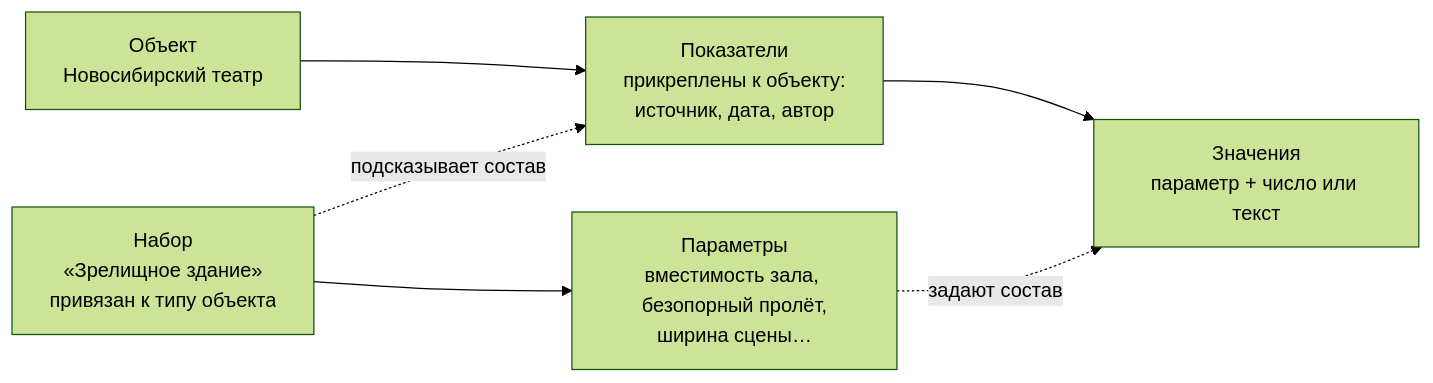
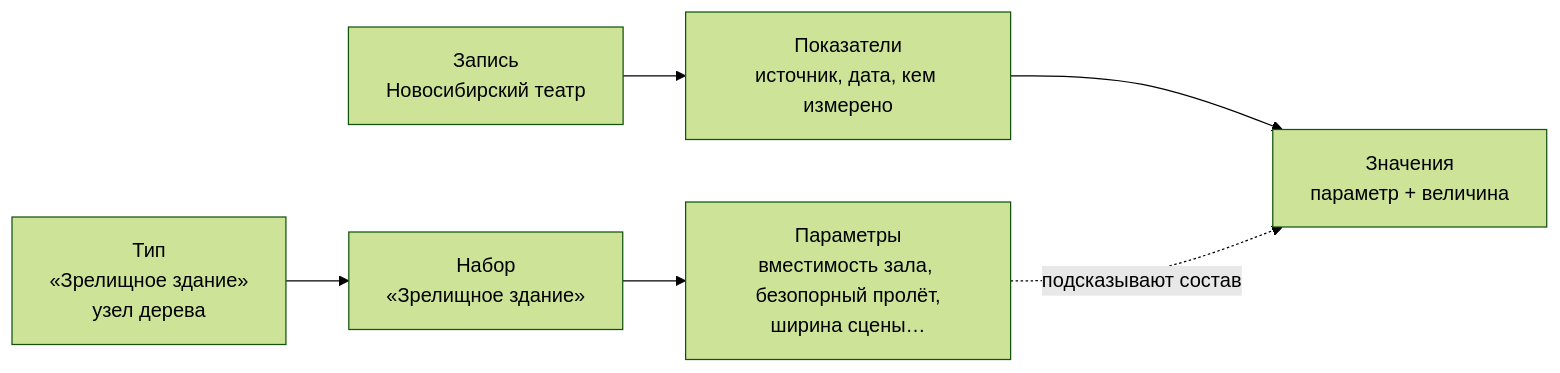
Before and after one commit to softom/2vhutemas2: the fourth of 9 diagrams in WIKI/Структура БД.md, drawn with Mermaid (forest theme). The commit also changed other lines of this file and 1 other file, not shown here.

First line of the commit message:
Единое дерево типов и параметры записей

````diff
--- a/WIKI/Структура БД.md
+++ b/WIKI/Структура БД.md
@@ -322,8 +347,8 @@
 ```mermaid
 flowchart LR
-    S["Набор<br/>«Зрелищное здание»<br/>привязан к типу объекта"] --> P["Параметры<br/>вместимость зала, безопорный пролёт,<br/>ширина сцены…"]
-    O["Объект<br/>Новосибирский театр"] --> I["Показатели<br/>прикреплены к объекту:<br/>источник, дата, автор"]
-    I --> V["Значения<br/>параметр + число или текст"]
-    P -.задают состав.-> V
-    S -.подсказывает состав.-> I
+    T["Тип<br/>«Зрелищное здание»<br/>узел дерева"] --> S["Набор<br/>«Зрелищное здание»"]
+    S --> P["Параметры<br/>вместимость зала, безопорный пролёт,<br/>ширина сцены…"]
+    O["Запись<br/>Новосибирский театр"] --> I["Показатели<br/>источник, дата, кем измерено"]
+    I --> V["Значения<br/>параметр + величина"]
+    P -.подсказывают состав.-> V
 ```
````
